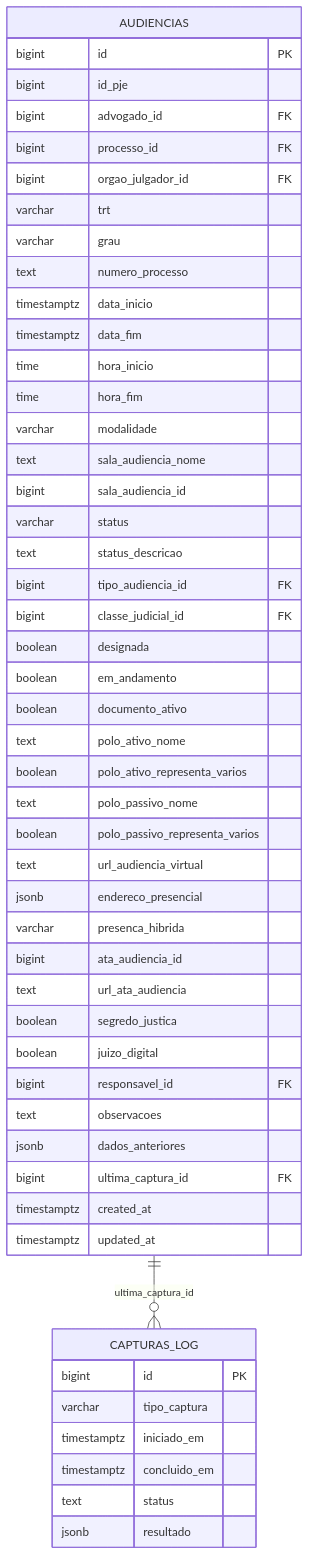
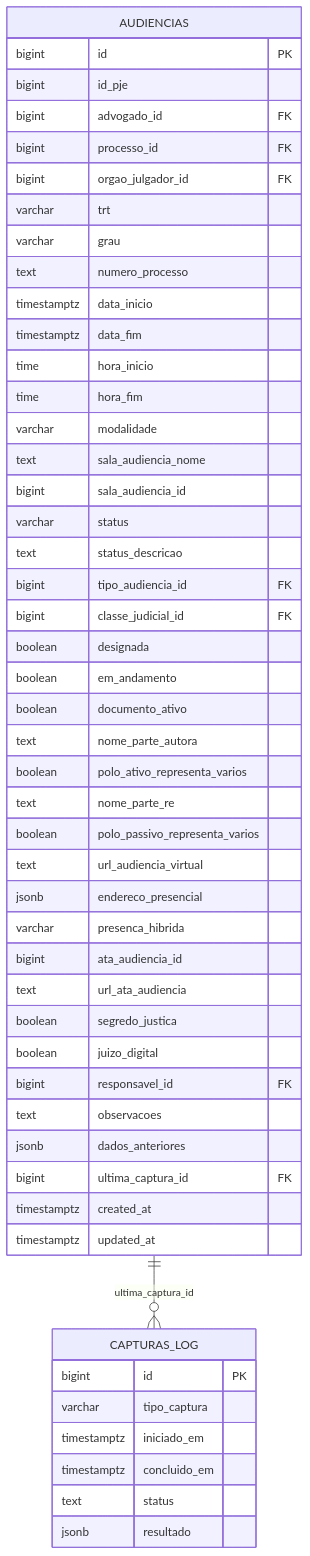
One commit to SinesysTech/zattar-os changed diagram 18 of 20 in .qoder/repowiki/en/content/Audiência Management.md. Above: the diagram before and after it, drawn with Mermaid. The commit also changed other lines of this file and 4 other files, not shown here.

````diff
--- a/.qoder/repowiki/en/content/Audiência Management.md
+++ b/.qoder/repowiki/en/content/Audiência Management.md
@@ -921,53 +927,53 @@
 ```mermaid
 erDiagram
 AUDIENCIAS {
 bigint id PK
 bigint id_pje
 bigint advogado_id FK
 bigint processo_id FK
 bigint orgao_julgador_id FK
 varchar trt
 varchar grau
 text numero_processo
 timestamptz data_inicio
 timestamptz data_fim
 time hora_inicio
 time hora_fim
 varchar modalidade
 text sala_audiencia_nome
 bigint sala_audiencia_id
 varchar status
 text status_descricao
 bigint tipo_audiencia_id FK
 bigint classe_judicial_id FK
 boolean designada
 boolean em_andamento
 boolean documento_ativo
-text polo_ativo_nome
+text nome_parte_autora
 boolean polo_ativo_representa_varios
-text polo_passivo_nome
+text nome_parte_re
 boolean polo_passivo_representa_varios
 text url_audiencia_virtual
 jsonb endereco_presencial
 varchar presenca_hibrida
 bigint ata_audiencia_id
 text url_ata_audiencia
 boolean segredo_justica
 boolean juizo_digital
 bigint responsavel_id FK
 text observacoes
 jsonb dados_anteriores
 bigint ultima_captura_id FK
 timestamptz created_at
 timestamptz updated_at
 }
 CAPTURAS_LOG {
 bigint id PK
 varchar tipo_captura
 timestamptz iniciado_em
 timestamptz concluido_em
 text status
 jsonb resultado
 }
 AUDIENCIAS ||--o{ CAPTURAS_LOG : "ultima_captura_id"
 ```
````
